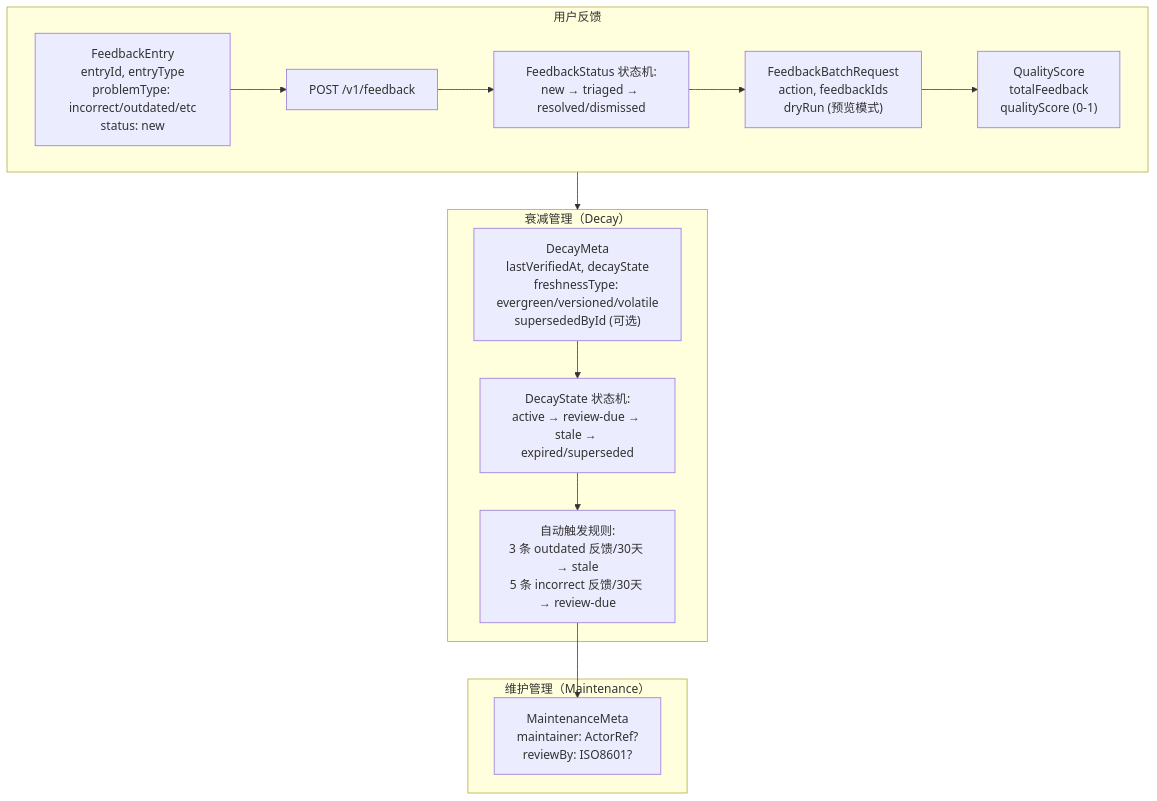
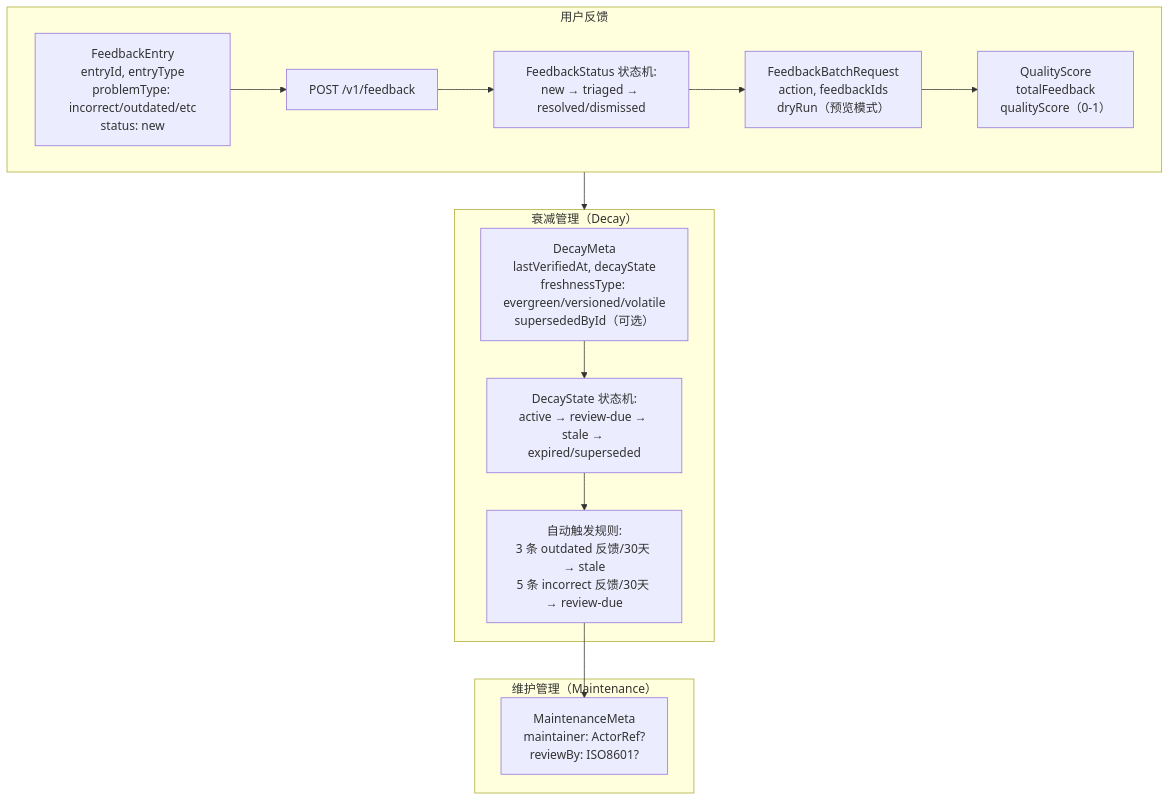
The third of 4 diagrams in docs/architecture/DATA_TYPES_PIPELINE.md (pofossette/TrapMap-for-vibing), drawn with Mermaid before and after one commit. The commit also changed other lines of this file and 31 other files, not shown here.

````diff
--- a/docs/architecture/DATA_TYPES_PIPELINE.md
+++ b/docs/architecture/DATA_TYPES_PIPELINE.md
@@ -113,32 +113,32 @@
 ```mermaid
 flowchart TB
-    subgraph Feedback["用户反馈"]
+    subgraph 用户反馈["用户反馈"]
         F1["FeedbackEntry<br/>entryId, entryType<br/>problemType: incorrect/outdated/etc<br/>status: new"]
         F2["POST /v1/feedback"]
         F3["FeedbackStatus 状态机:<br/>new → triaged → resolved/dismissed"]
-        F4["FeedbackBatchRequest<br/>action, feedbackIds<br/>dryRun (预览模式)"]
-        F5["QualityScore<br/>totalFeedback<br/>qualityScore (0-1)"]
+        F4["FeedbackBatchRequest<br/>action, feedbackIds<br/>dryRun（预览模式）"]
+        F5["QualityScore<br/>totalFeedback<br/>qualityScore（0-1）"]
         
         F1 --> F2
         F2 --> F3
         F3 --> F4
         F4 --> F5
     end
 
-    subgraph Decay["衰减管理（Decay）"]
-        D1["DecayMeta<br/>lastVerifiedAt, decayState<br/>freshnessType: evergreen/versioned/volatile<br/>supersededById (可选)"]
+    subgraph 衰减管理["衰减管理（Decay）"]
+        D1["DecayMeta<br/>lastVerifiedAt, decayState<br/>freshnessType: evergreen/versioned/volatile<br/>supersededById（可选）"]
         D2["DecayState 状态机:<br/>active → review-due → stale → expired/superseded"]
         D3["自动触发规则:<br/>3 条 outdated 反馈/30天 → stale<br/>5 条 incorrect 反馈/30天 → review-due"]
         
         D1 --> D2
         D2 --> D3
     end
 
-    subgraph Maintenance["维护管理（Maintenance）"]
+    subgraph 维护管理["维护管理（Maintenance）"]
         M1["MaintenanceMeta<br/>maintainer: ActorRef?<br/>reviewBy: ISO8601?"]
         
         D3 --> M1
     end
 
-    Feedback --> Decay
+    用户反馈 --> 衰减管理
 ```
````
